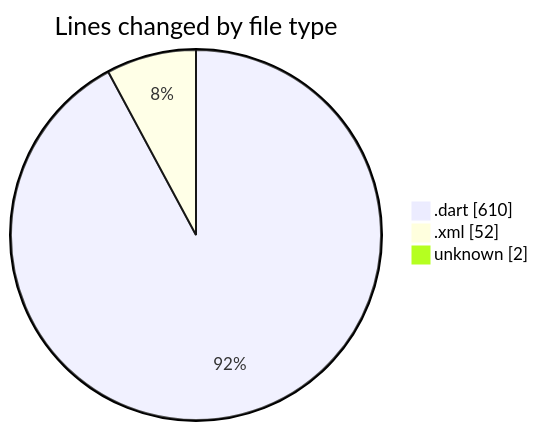
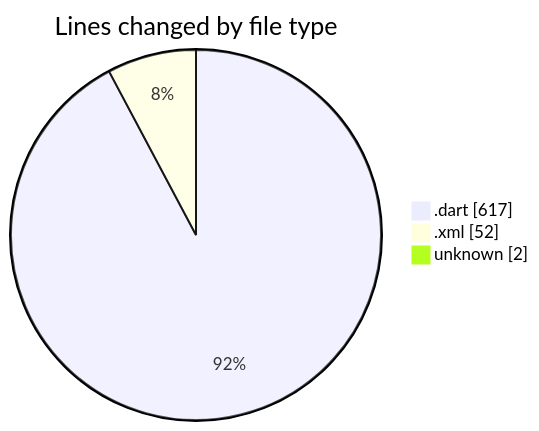
The first of 2 diagrams in 2025-01-26/trackers_app/README.md (donsfak/code-tracking), drawn with Mermaid before and after one commit. The commit also changed other lines of this file and 1 other file, not shown here.

````diff
--- a/2025-01-26/trackers_app/README.md
+++ b/2025-01-26/trackers_app/README.md
@@ -26,7 +27,7 @@
 ```mermaid
 pie showData
 title Lines changed by file type
-".dart" : 610
+".dart" : 617
 ".xml" : 52
 "unknown" : 2
 ```
````
